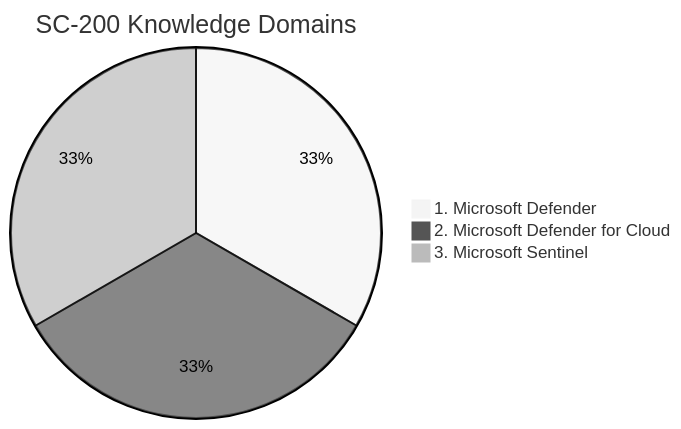
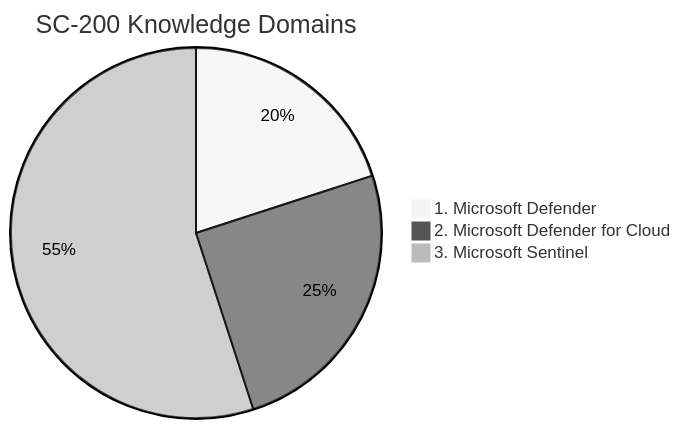
The first of 2 diagrams in Microsoft/sc-200/progress-tracker.md (jalacloud/Certifications), drawn with Mermaid (neutral theme) before and after one commit. The commit also changed other lines of this file, not shown here.

````diff
--- a/Microsoft/sc-200/progress-tracker.md
+++ b/Microsoft/sc-200/progress-tracker.md
@@ -4,7 +4,7 @@
 ```mermaid
 pie
   title SC-200 Knowledge Domains
-  "1. Microsoft Defender" : 33
-  "2. Microsoft Defender for Cloud" : 33 
-  "3. Microsoft Sentinel" : 33
+  "1. Microsoft Defender" : 20
+  "2. Microsoft Defender for Cloud" : 25
+  "3. Microsoft Sentinel" : 55
 ```
````
